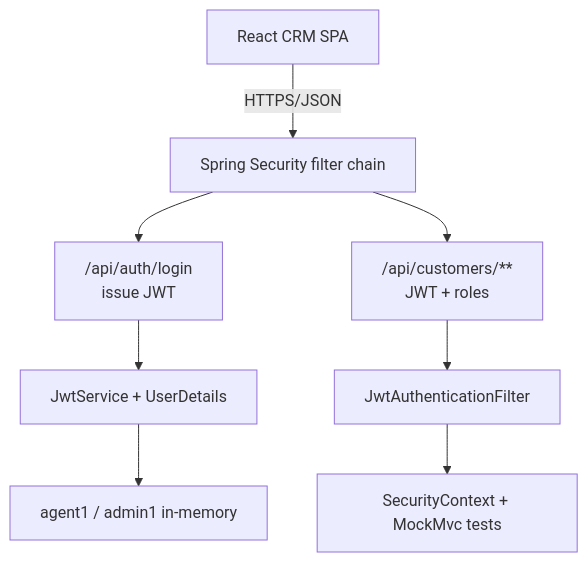
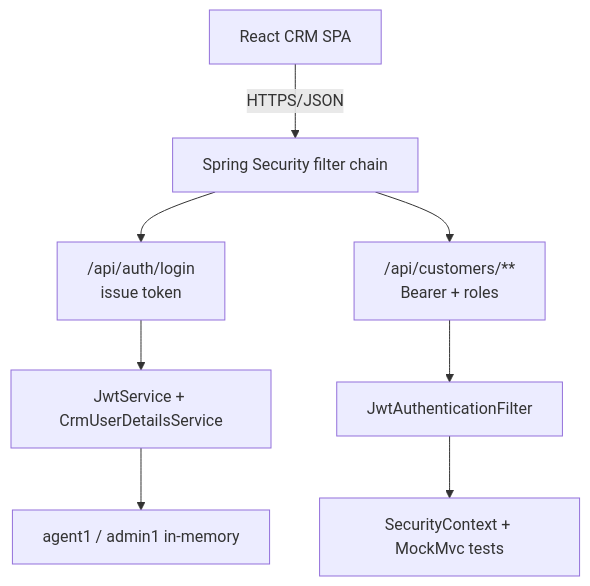
The diagram in labs/Week 3 - Spring Framework and Enterprise Patterns/module-28/lab28/LAB-28-GUIDE.md (Innovation-In-Software/bc-sw-engineer-java-participant), drawn with Mermaid before and after one commit. The commit also changed other lines of this file and 581 other files, not shown here.

````diff
--- a/labs/Week 3 - Spring Framework and Enterprise Patterns/module-28/lab28/LAB-28-GUIDE.md
+++ b/labs/Week 3 - Spring Framework and Enterprise Patterns/module-28/lab28/LAB-28-GUIDE.md
@@ -105,10 +106,10 @@
 ```mermaid
 flowchart TB
   UI["React CRM SPA"] -->|HTTPS/JSON| Sec["Spring Security filter chain"]
-  Sec --> Login["/api/auth/login<br/>issue JWT"]
-  Sec --> API["/api/customers/**<br/>JWT + roles"]
-  Login --> Jwt["JwtService + UserDetails"]
+  Sec --> Login["/api/auth/login<br/>issue token"]
+  Sec --> API["/api/customers/**<br/>Bearer + roles"]
+  Login --> Jwt["JwtService + CrmUserDetailsService"]
   API --> Filt["JwtAuthenticationFilter"]
   Jwt --> Users["agent1 / admin1 in-memory"]
   Filt --> Ctx["SecurityContext + MockMvc tests"]
 ```
````
